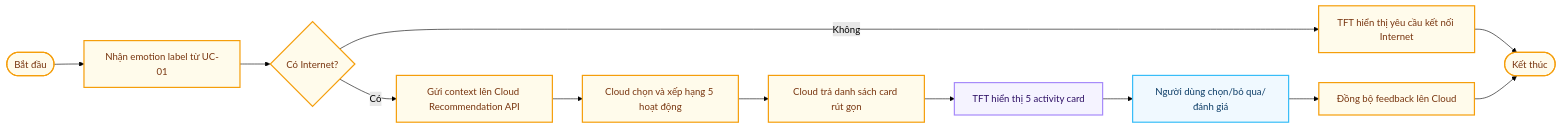
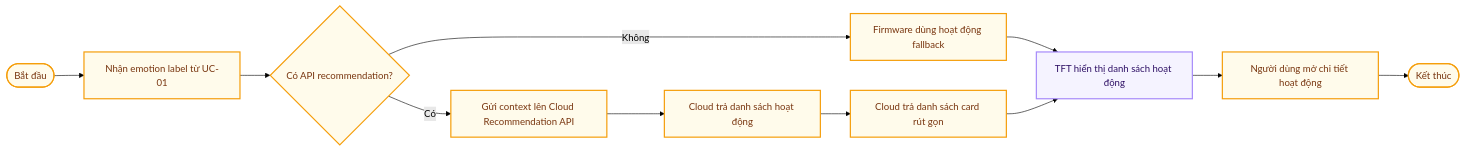
The third of 6 diagrams in docs/Spectification/EmotiCareAIoT/03_Objectives.md (Computer-Vision-HCMUS/AIoT-Server), drawn with Mermaid (forest theme) before and after one commit. The commit also changed other lines of this file and 14 other files, not shown here.

````diff
--- a/docs/Spectification/EmotiCareAIoT/03_Objectives.md
+++ b/docs/Spectification/EmotiCareAIoT/03_Objectives.md
@@ -213,29 +214,27 @@
 ```mermaid
 flowchart LR
     Start([Bắt đầu])
     Emotion["Nhận emotion label từ UC-01"]
-    Online{"Có Internet?"}
-    NeedNet["TFT hiển thị yêu cầu kết nối Internet"]
+    Online{"Có API recommendation?"}
+    NeedNet["Firmware dùng hoạt động fallback"]
     Send["Gửi context lên Cloud Recommendation API"]
-    Rank["Cloud chọn và xếp hạng 5 hoạt động"]
+    Rank["Cloud trả danh sách hoạt động"]
     Return["Cloud trả danh sách card rút gọn"]
-    Display["TFT hiển thị 5 activity card"]
-    Feedback["Người dùng chọn/bỏ qua/đánh giá"]
-    Save["Đồng bộ feedback lên Cloud"]
+    Display["TFT hiển thị danh sách hoạt động"]
+    Detail["Người dùng mở chi tiết hoạt động"]
     End([Kết thúc])
 
     Start --> Emotion --> Online
-    Online -- "Không" --> NeedNet --> End
-    Online -- "Có" --> Send --> Rank --> Return --> Display --> Feedback --> Save --> End
+    Online -- "Không" --> NeedNet --> Display
+    Online -- "Có" --> Send --> Rank --> Return --> Display --> Detail --> End
 
 
     classDef userNode stroke:#818cf8,fill:#eef2ff,stroke-width:2px,color:#1e1b4b
     classDef edgeNode stroke:#a78bfa,fill:#f5f3ff,stroke-width:2px,color:#2e1065
     classDef cacheNode stroke:#2dd4bf,fill:#f0fdfa,stroke-width:2px,color:#0d5a57
     classDef cloudNode stroke:#38bdf8,fill:#f0f9ff,stroke-width:2px,color:#0c3d67
     classDef serviceNode stroke:#4ade80,fill:#f0fdf4,stroke-width:2px,color:#1a3a1a
     classDef actionNode stroke:#f59e0b,fill:#fffbeb,stroke-width:2px,color:#78350f
     class Display edgeNode
-    class Feedback cloudNode
-    class Start,Emotion,Online,NeedNet,Send,Rank,Return,Save,End actionNode
+    class Start,Emotion,Online,NeedNet,Send,Rank,Return,Detail,End actionNode
 ```
````
